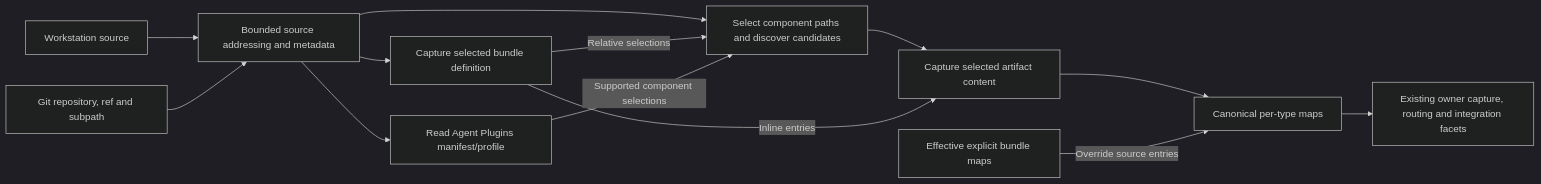
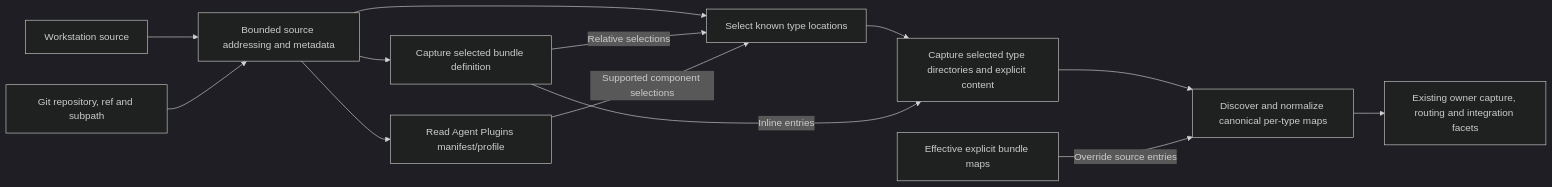
Before and after one commit to WayfarerLabs/agentworks: the diagram in docs/sdd/2026-11-15-artifact-bundle-sources/hla.md, drawn with Mermaid (dark theme). The commit also changed other lines of this file and 3 other files, not shown here.

````diff
--- a/docs/sdd/2026-11-15-artifact-bundle-sources/hla.md
+++ b/docs/sdd/2026-11-15-artifact-bundle-sources/hla.md
@@ -10,15 +11,15 @@
 ```mermaid
 flowchart LR
     L["Workstation source"] --> R["Bounded source addressing and metadata"]
     G["Git repository, ref and subpath"] --> R
-    R --> D["Select component paths and discover candidates"]
+    R --> D["Select known type locations"]
     R --> B["Capture selected bundle definition"]
     R --> P["Read Agent Plugins manifest/profile"]
     B -->|Relative selections| D
     P -->|Supported component selections| D
-    D --> A["Capture selected artifact content"]
+    D --> A["Capture selected type directories and explicit content"]
     B -->|Inline entries| A
-    A --> N["Canonical per-type maps"]
+    A --> N["Discover and normalize canonical per-type maps"]
     E["Effective explicit bundle maps"] -->|Override source entries| N
     N --> C["Existing owner capture, routing and integration facets"]
 ```
````
